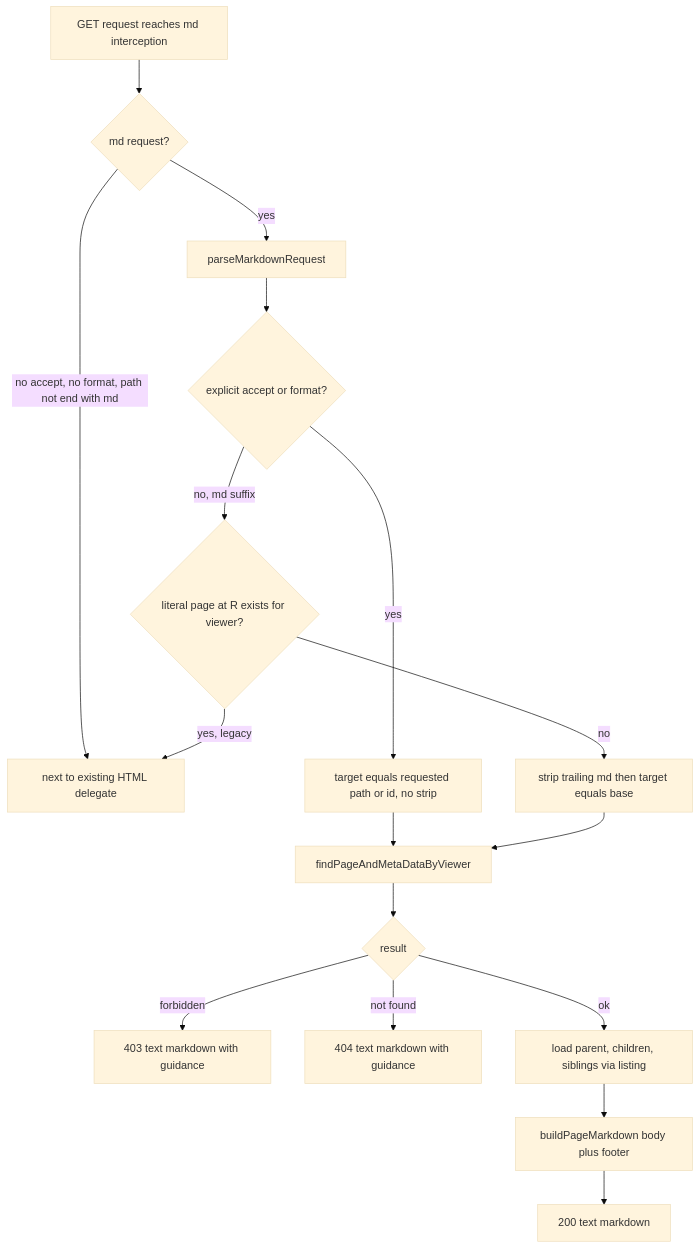
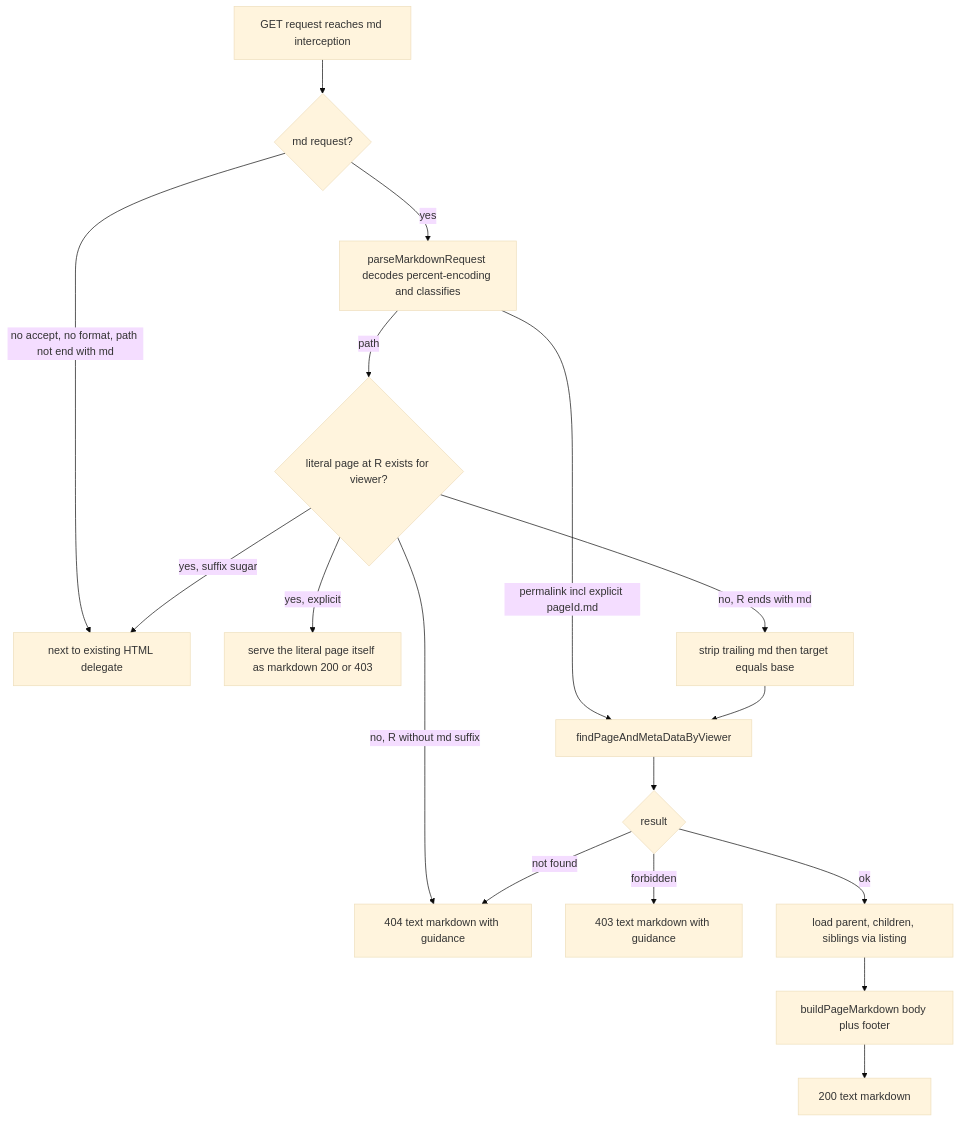
The second of 2 diagrams in .kiro/specs/page-markdown-endpoint/design.md (growilabs/growi), drawn with Mermaid (base theme) before and after one commit. The commit also changed other lines of this file and 6 other files, not shown here.

First line of the commit message:
fix(page-markdown-endpoint): resolve explicit .md-suffixed requests with literal-first base fallback

````diff
--- a/.kiro/specs/page-markdown-endpoint/design.md
+++ b/.kiro/specs/page-markdown-endpoint/design.md
@@ -135,19 +135,19 @@
 ```mermaid
 flowchart TD
     A[GET request reaches md interception] --> B{md request?}
     B -->|no accept, no format, path not end with md| Z[next to existing HTML delegate]
-    B -->|yes| C[parseMarkdownRequest]
-    C --> D{explicit accept or format?}
-    D -->|yes| E[target equals requested path or id, no strip]
-    D -->|no, md suffix| F{literal page at R exists for viewer?}
-    F -->|yes, legacy| Z
-    F -->|no| G[strip trailing md then target equals base]
-    E --> H[findPageAndMetaDataByViewer]
+    B -->|yes| C[parseMarkdownRequest decodes percent-encoding and classifies]
+    C -->|permalink incl explicit pageId.md| H[findPageAndMetaDataByViewer]
+    C -->|path| F{literal page at R exists for viewer?}
+    F -->|yes, explicit| E[serve the literal page itself as markdown 200 or 403]
+    F -->|yes, suffix sugar| Z
+    F -->|no, R ends with md| G[strip trailing md then target equals base]
+    F -->|no, R without md suffix| K
     G --> H
     H --> I{result}
     I -->|forbidden| J[403 text markdown with guidance]
     I -->|not found| K[404 text markdown with guidance]
     I -->|ok| L[load parent, children, siblings via listing]
     L --> M[buildPageMarkdown body plus footer]
     M --> N[200 text markdown]
 ```
````
